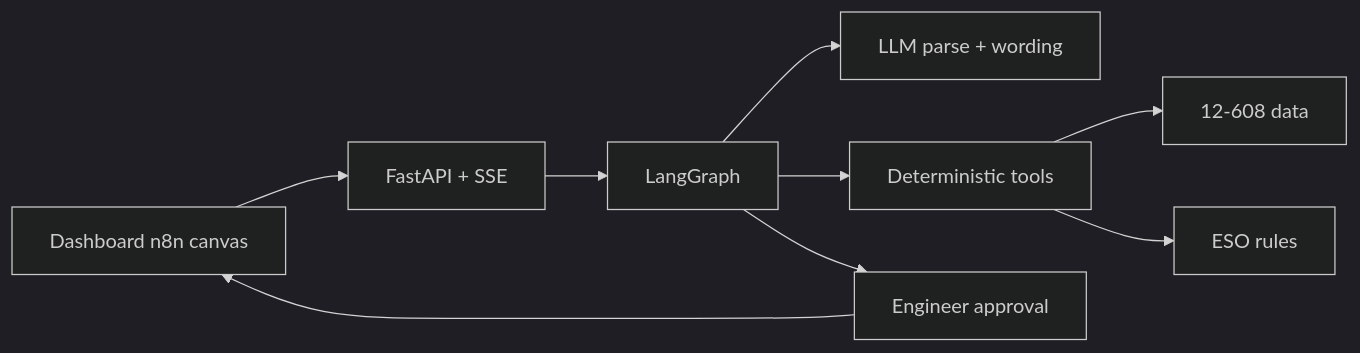
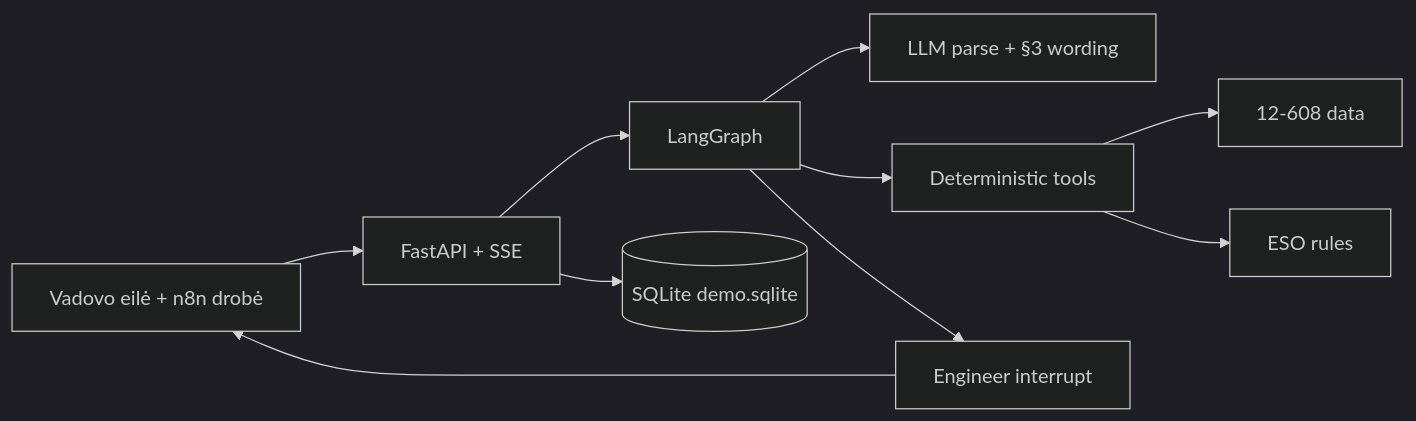
One commit to VentureJuozas/ESO-automation changed the first of 2 diagrams in docs/ARCHITECTURE.md. Above: the diagram before and after it, drawn with Mermaid (dark theme). The commit also changed other lines of this file and 29 other files, not shown here.

````diff
--- a/docs/ARCHITECTURE.md
+++ b/docs/ARCHITECTURE.md
@@ -5,11 +5,12 @@
 ```mermaid
 flowchart LR
-  UI[Dashboard n8n canvas] --> API[FastAPI + SSE]
+  UI[Vadovo eilė + n8n drobė] --> API[FastAPI + SSE]
   API --> G[LangGraph]
-  G --> LLM[LLM parse + wording]
+  G --> LLM[LLM parse + §3 wording]
   G --> T[Deterministic tools]
   T --> D[12-608 data]
   T --> R[ESO rules]
-  G --> H[Engineer approval]
+  G --> H[Engineer interrupt]
   H --> UI
+  API --> DB[(SQLite demo.sqlite)]
 ```
````
